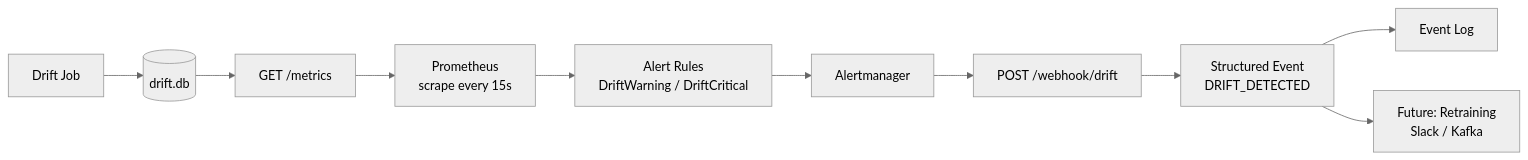
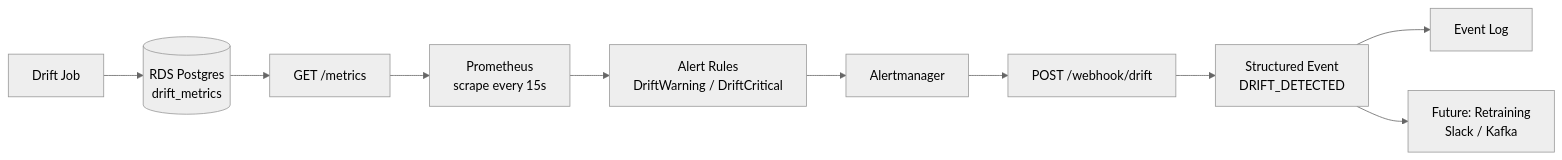
One commit to sharjeel6392/asie changed the fifth of 7 diagrams in README.md. Above: the diagram before and after it, drawn with Mermaid. The commit also changed other lines of this file and 1 other file, not shown here.

````diff
--- a/README.md
+++ b/README.md
@@ -288,13 +291,13 @@
 ```mermaid
 %%{init: {'theme': 'neutral'}}%%
 flowchart LR
-    DriftJob[Drift Job] --> DriftDB[(drift.db)]
+    DriftJob[Drift Job] --> DriftDB[(RDS Postgres<br/>drift_metrics)]
     DriftDB --> Metrics[GET /metrics]
     Metrics --> Prometheus[Prometheus\n scrape every 15s]
     Prometheus --> AlertRules[Alert Rules\nDriftWarning / DriftCritical]
     AlertRules --> Alertmanager[Alertmanager]
     Alertmanager --> Webhook[POST /webhook/drift]
     Webhook --> EventSchema[Structured Event\nDRIFT_DETECTED]
     EventSchema --> EventLog[Event Log]
     EventSchema --> Future[Future: Retraining\nSlack / Kafka]
 ```
````
